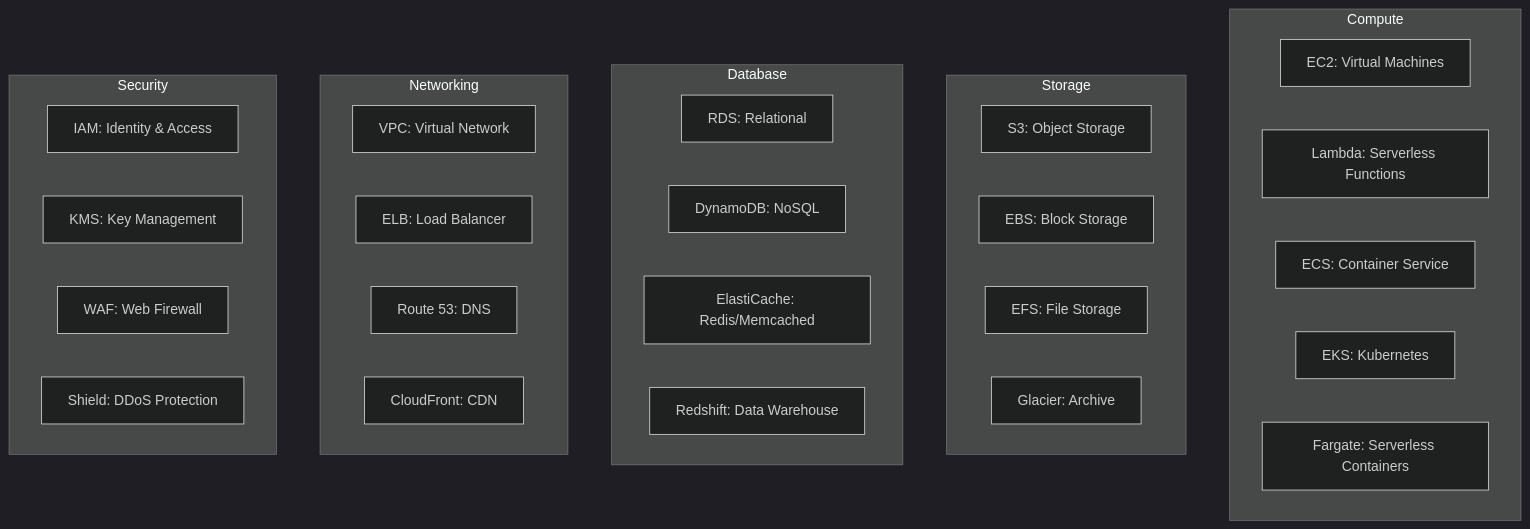
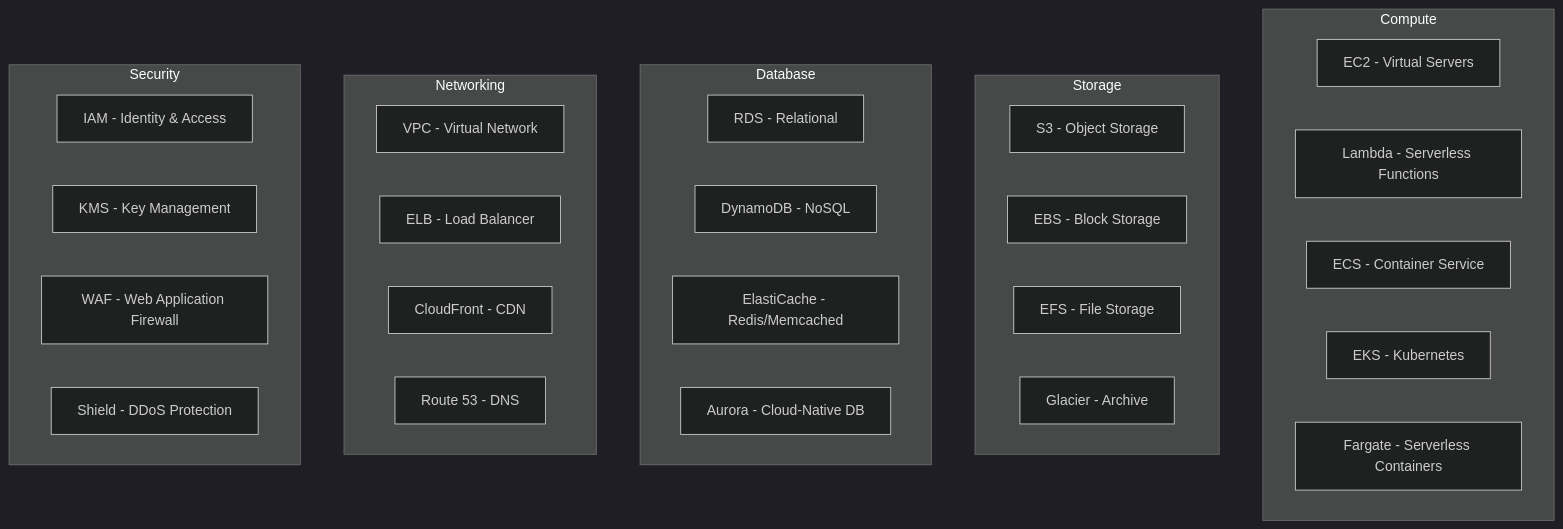
Before and after one commit to vanos001/placement_prep: the second of 6 diagrams in src/cloud/aws/README.md, drawn with Mermaid (dark theme). The commit also changed other lines of this file and 22 other files, not shown here.

````diff
--- a/src/cloud/aws/README.md
+++ b/src/cloud/aws/README.md
@@ -26,38 +63,38 @@
 ```mermaid
-graph TD
-    subgraph Compute[Compute]
-        EC2[EC2: Virtual Machines]
-        LAMBDA[Lambda: Serverless Functions]
-        ECS[ECS: Container Service]
-        EKS[EKS: Kubernetes]
-        FARGATE[Fargate: Serverless Containers]
+graph TB
+    subgraph "Compute"
+        EC2[EC2 - Virtual Servers]
+        LAMBDA[Lambda - Serverless Functions]
+        ECS[ECS - Container Service]
+        EKS[EKS - Kubernetes]
+        FARGATE[Fargate - Serverless Containers]
     end
 
-    subgraph Storage[Storage]
-        S3[S3: Object Storage]
-        EBS[EBS: Block Storage]
-        EFS[EFS: File Storage]
-        GLACIER[Glacier: Archive]
+    subgraph "Storage"
+        S3[S3 - Object Storage]
+        EBS[EBS - Block Storage]
+        EFS[EFS - File Storage]
+        GLACIER[Glacier - Archive]
     end
 
-    subgraph Database[Database]
-        RDS[RDS: Relational]
-        DYNAMO[DynamoDB: NoSQL]
-        REDIS[ElastiCache: Redis/Memcached]
-        REDSHIFT[Redshift: Data Warehouse]
+    subgraph "Database"
+        RDS[RDS - Relational]
+        DYNAMO[DynamoDB - NoSQL]
+        REDIS[ElastiCache - Redis/Memcached]
+        AURORA[Aurora - Cloud-Native DB]
     end
 
-    subgraph Network[Networking]
-        VPC[VPC: Virtual Network]
-        ELB[ELB: Load Balancer]
-        ROUTE53[Route 53: DNS]
-        CF[CloudFront: CDN]
+    subgraph "Networking"
+        VPC[VPC - Virtual Network]
+        ELB[ELB - Load Balancer]
+        CF2[CloudFront - CDN]
+        R53[Route 53 - DNS]
     end
 
-    subgraph Security[Security]
-        IAM[IAM: Identity & Access]
-        KMS[KMS: Key Management]
-        WAF[WAF: Web Firewall]
-        SHIELD[Shield: DDoS Protection]
+    subgraph "Security"
+        IAM[IAM - Identity & Access]
+        KMS[KMS - Key Management]
+        WAF[WAF - Web Application Firewall]
+        SHIELD[Shield - DDoS Protection]
     end
 ```
````
